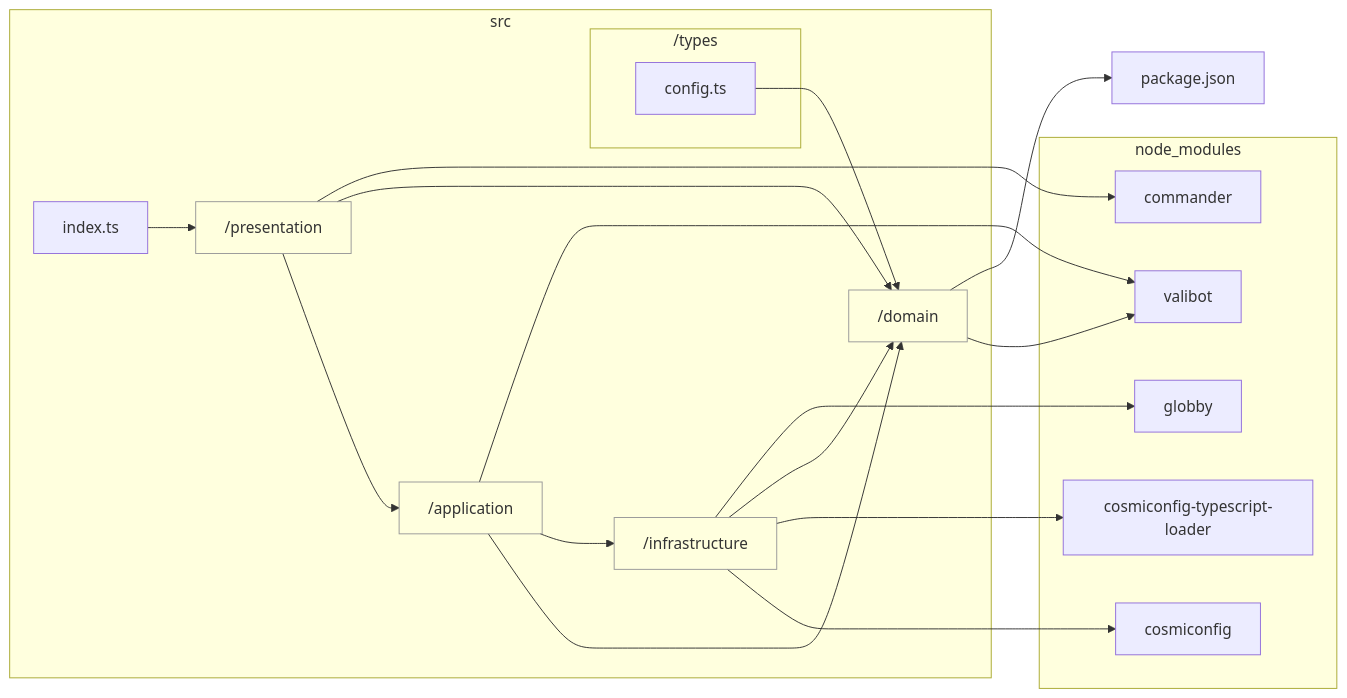
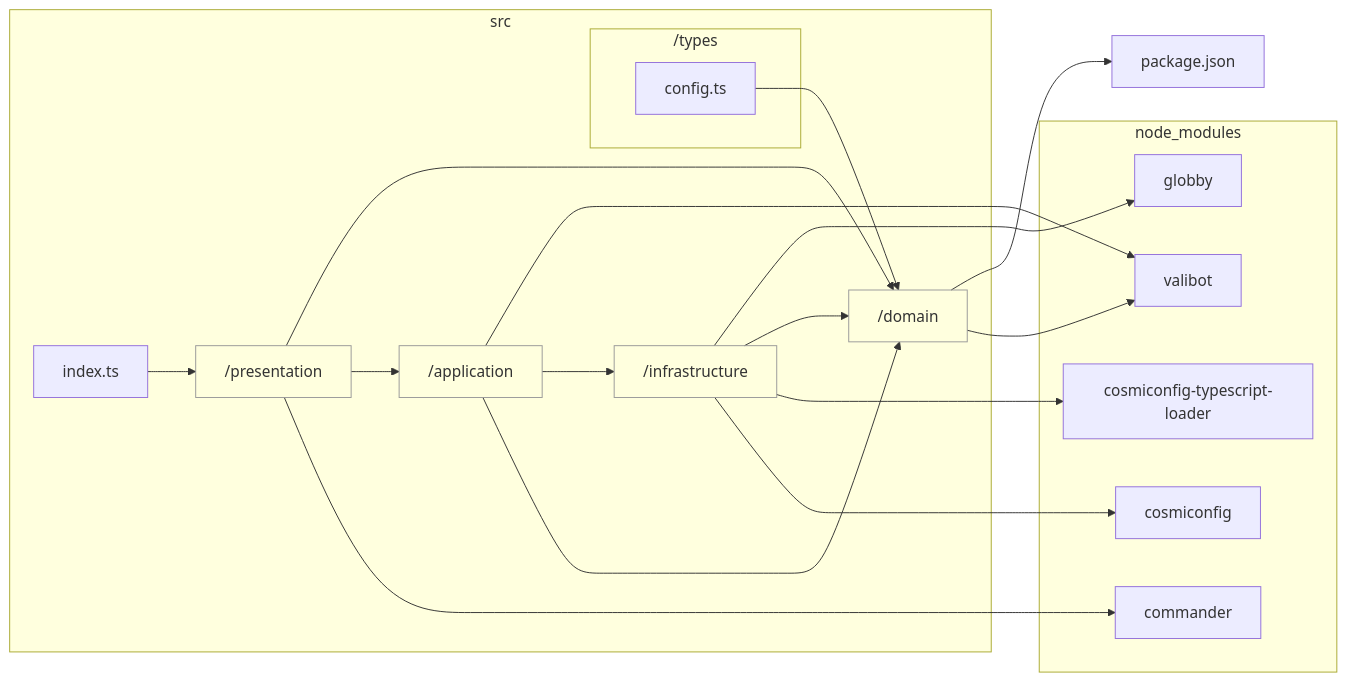
One commit to sugurutakahashi-1234/mermaid-markdown-wrap changed the diagram in docs/reports/dependencies/layers.md. Above: the diagram before and after it, drawn with Mermaid. The commit also changed other lines of this file and 28 other files, not shown here.

````diff
--- a/docs/reports/dependencies/layers.md
+++ b/docs/reports/dependencies/layers.md
@@ -7,35 +7,35 @@
 ```mermaid
 flowchart LR
     classDef dir fill:#0000,stroke:#999
     subgraph src["src"]
         src/domain["/domain"]:::dir
         src/infrastructure["/infrastructure"]:::dir
         src/application["/application"]:::dir
         src/presentation["/presentation"]:::dir
         src/index.ts["index.ts"]
         subgraph src/types["/types"]
             src/types/config.ts["config.ts"]
         end
     end
     subgraph node//modules["node_modules"]
         node//modules/valibot/dist/index.d.cts["valibot"]
         node//modules/cosmiconfig/dist/index.d.ts["cosmiconfig"]
         node//modules/cosmiconfig//typescript//loader/dist/types/index.d.ts["cosmiconfig-typescript-loader"]
         node//modules/globby/index.d.ts["globby"]
         node//modules/commander/typings/index.d.ts["commander"]
     end
     src/domain-->node//modules/valibot/dist/index.d.cts
     src/infrastructure-->node//modules/cosmiconfig/dist/index.d.ts
     src/infrastructure-->node//modules/cosmiconfig//typescript//loader/dist/types/index.d.ts
     src/infrastructure-->src/domain
+    src/infrastructure-->node//modules/globby/index.d.ts
     src/application-->src/domain
     src/application-->src/infrastructure
     src/application-->node//modules/valibot/dist/index.d.cts
     src/domain-->package.json
-    src/infrastructure-->node//modules/globby/index.d.ts
+    src/presentation-->node//modules/commander/typings/index.d.ts
     src/presentation-->src/application
     src/presentation-->src/domain
-    src/presentation-->node//modules/commander/typings/index.d.ts
     src/index.ts-->src/presentation
     src/types/config.ts-->src/domain
 ```
````
